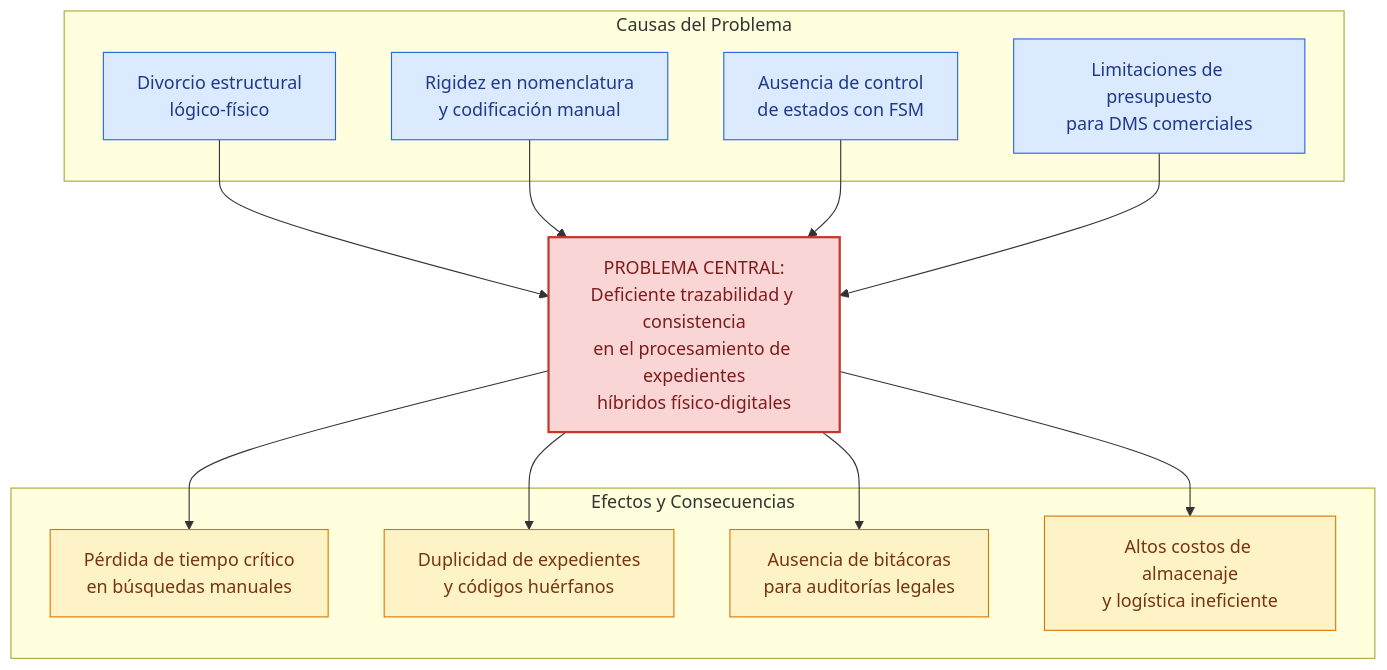
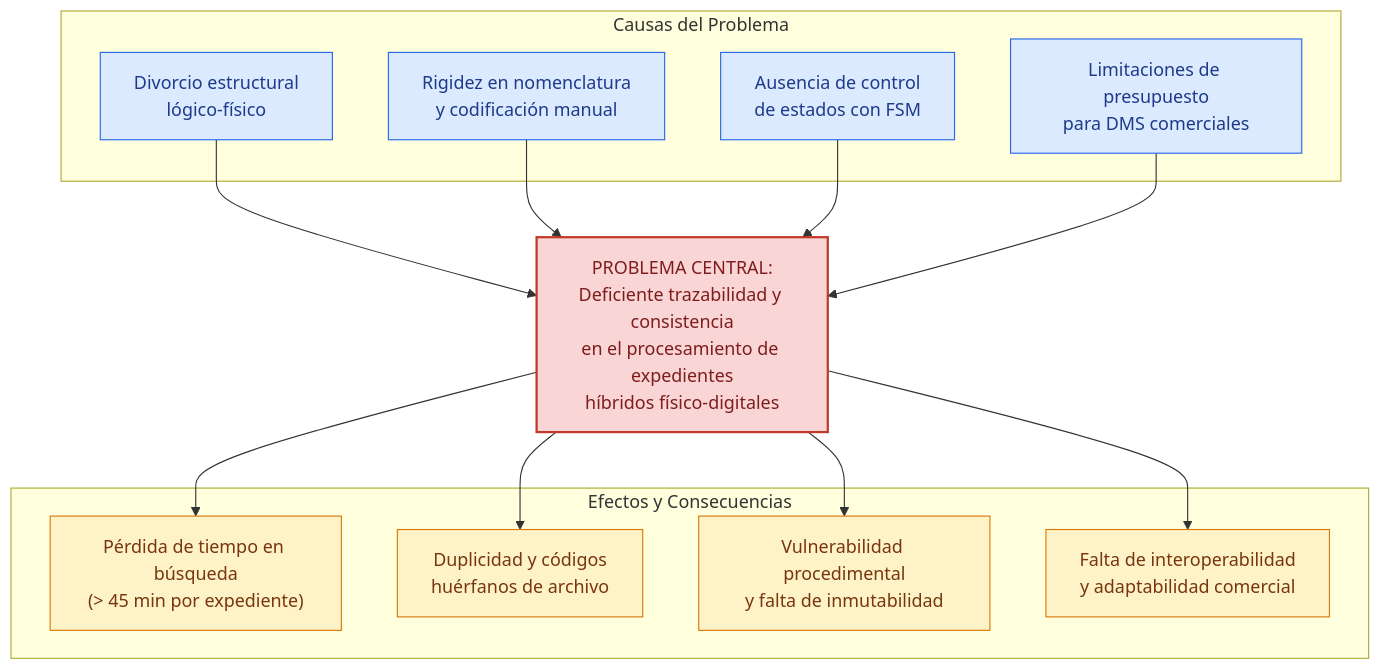
Before and after one commit to 4R13L-D3NY5/archi-vite: the first of 16 diagrams in informe_final_proyecto_grado.md, drawn with Mermaid. The commit also changed other lines of this file and 49 other files, not shown here.

````diff
--- a/informe_final_proyecto_grado.md
+++ b/informe_final_proyecto_grado.md
@@ -248,37 +81,32 @@
 ```mermaid
 graph TD
-    %% Estilos visuales
     classDef problem fill:#f9d5d5,stroke:#c0392b,stroke-width:2px,color:#7f1d1d;
     classDef cause fill:#dbeafe,stroke:#2563eb,stroke-width:1px,color:#1e3a8a;
     classDef effect fill:#fef3c7,stroke:#d97706,stroke-width:1px,color:#78350f;
 
-    %% Problema Central
     P1["PROBLEMA CENTRAL:<br>Deficiente trazabilidad y consistencia<br>en el procesamiento de expedientes<br>híbridos físico-digitales"]:::problem
     
-    %% Causas Raíz
-    subgraph CAUSAS_RAÍZ [Causas del Problema]
+    subgraph CAUSAS_RAIZ ["Causas del Problema"]
         C1["Divorcio estructural<br>lógico-físico"]:::cause
         C2["Rigidez en nomenclatura<br>y codificación manual"]:::cause
         C3["Ausencia de control<br>de estados con FSM"]:::cause
         C4["Limitaciones de presupuesto<br>para DMS comerciales"]:::cause
     end
     
-    %% Efectos y Consecuencias
-    subgraph EFECTOS_CONSECUENCIAS [Efectos y Consecuencias]
-        E1["Pérdida de tiempo crítico<br>en búsquedas manuales"]:::effect
-        E2["Duplicidad de expedientes<br>y códigos huérfanos"]:::effect
-        E3["Ausencia de bitácoras<br>para auditorías legales"]:::effect
-        E4["Altos costos de almacenaje<br>y logística ineficiente"]:::effect
+    subgraph EFECTOS_CONSECUENCIAS ["Efectos y Consecuencias"]
+        E1["Pérdida de tiempo en búsqueda<br>(> 45 min por expediente)"]:::effect
+        E2["Duplicidad y códigos<br>huérfanos de archivo"]:::effect
+        E3["Vulnerabilidad procedimental<br>y falta de inmutabilidad"]:::effect
+        E4["Falta de interoperabilidad<br>y adaptabilidad comercial"]:::effect
     end
 
-    %% Relaciones Causales
     C1 --> P1
     C2 --> P1
     C3 --> P1
     C4 --> P1
-    
+
     P1 --> E1
     P1 --> E2
     P1 --> E3
     P1 --> E4
 ```
````
